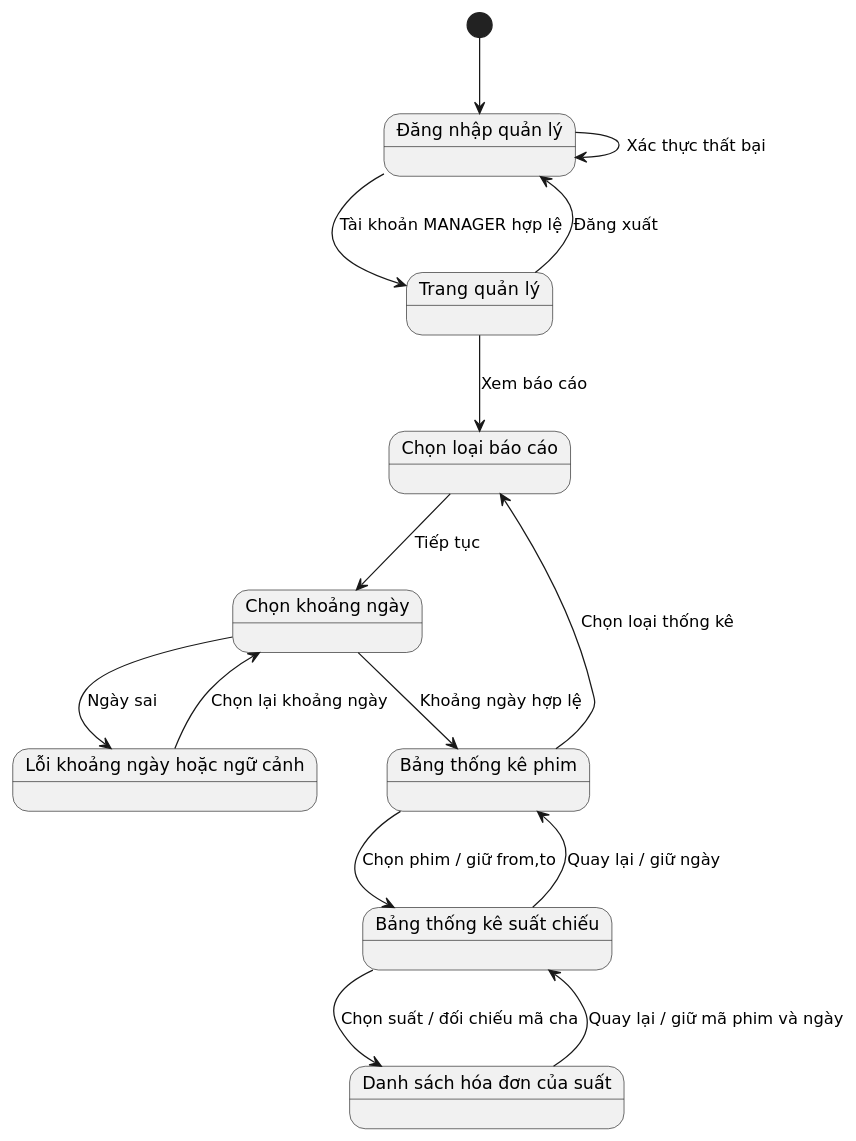
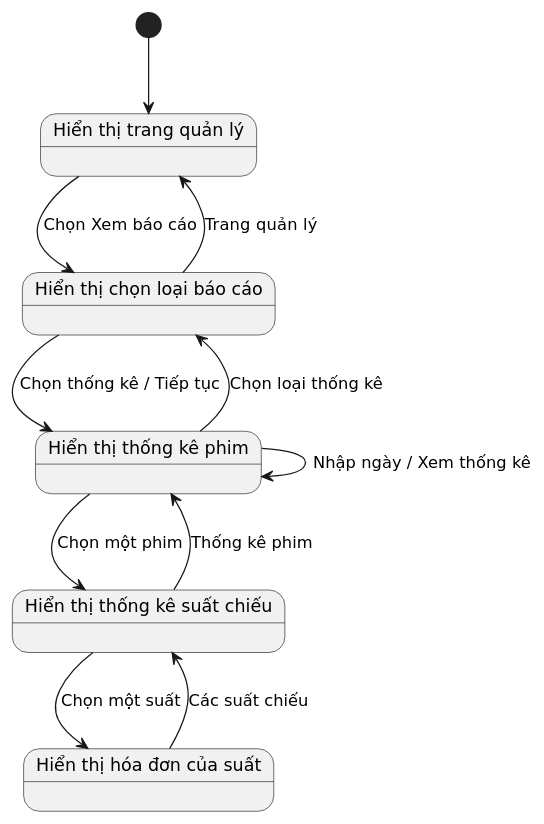
Before and after one commit to tinhatinh/PTTK: the diagram in uml/phan-tich/04b-revenue-states.puml, drawn with PlantUML. The commit also changed 66 other files, not shown here.

Commit message:
Align final report with LibMan phases and rebuild analysis UML

```diff
--- a/uml/phan-tich/04b-revenue-states.puml
+++ b/uml/phan-tich/04b-revenue-states.puml
@@ -1,26 +1,19 @@
 @startuml 04b-revenue-states
 skinparam defaultFontName DejaVu Sans
 skinparam shadowing false
-state "Đăng nhập quản lý" as login
-state "Trang quản lý" as home
-state "Chọn loại báo cáo" as type
-state "Chọn khoảng ngày" as date
-state "Bảng thống kê phim" as movies
-state "Bảng thống kê suất chiếu" as shows
-state "Danh sách hóa đơn của suất" as invoices
-state "Lỗi khoảng ngày hoặc ngữ cảnh" as error
-[*] --> login
-login --> home : Tài khoản MANAGER hợp lệ
-login --> login : Xác thực thất bại
-home --> type : Xem báo cáo
-type --> date : Tiếp tục
-date --> movies : Khoảng ngày hợp lệ
-date --> error : Ngày sai
-error --> date : Chọn lại khoảng ngày
-movies --> shows : Chọn phim / giữ from,to
-shows --> invoices : Chọn suất / đối chiếu mã cha
-invoices --> shows : Quay lại / giữ mã phim và ngày
-shows --> movies : Quay lại / giữ ngày
+state "Hiển thị trang quản lý" as home
+state "Hiển thị chọn loại báo cáo" as type
+state "Hiển thị thống kê phim" as movies
+state "Hiển thị thống kê suất chiếu" as shows
+state "Hiển thị hóa đơn của suất" as invoices
+[*] --> home
+home --> type : Chọn Xem báo cáo
+type --> movies : Chọn thống kê / Tiếp tục
+movies --> movies : Nhập ngày / Xem thống kê
+movies --> shows : Chọn một phim
+shows --> invoices : Chọn một suất
+invoices --> shows : Các suất chiếu
+shows --> movies : Thống kê phim
 movies --> type : Chọn loại thống kê
-home --> login : Đăng xuất
+type --> home : Trang quản lý
 @enduml
```
